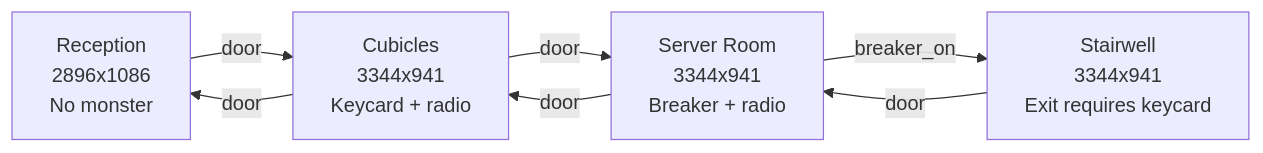
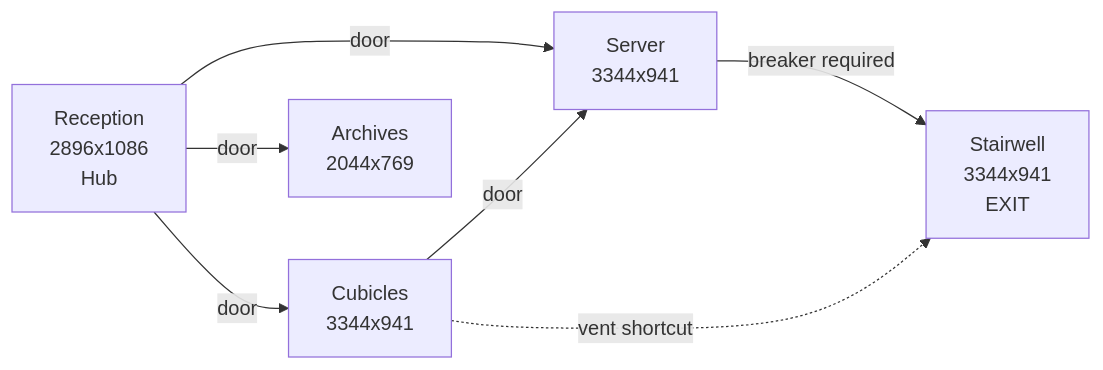
The second of 6 diagrams in README.md (Andy00L/Earshot), drawn with Mermaid before and after one commit. The commit also changed other lines of this file and 203 other files, not shown here.

````diff
--- a/README.md
+++ b/README.md
@@ -141,9 +190,9 @@
 ```mermaid
 graph LR
-    R[Reception<br>2896x1086<br>No monster] -->|door| C[Cubicles<br>3344x941<br>Keycard + radio]
-    C -->|door| S[Server Room<br>3344x941<br>Breaker + radio]
-    S -->|door| C
-    C -->|door| R
-    S -->|breaker_on| ST[Stairwell<br>3344x941<br>Exit requires keycard]
-    ST -->|door| S
+    R[Reception<br>2896x1086<br>Hub] -->|door| C[Cubicles<br>3344x941]
+    R -->|door| S[Server<br>3344x941]
+    R -->|door| A[Archives<br>2044x769]
+    C -->|door| S
+    S -->|breaker required| ST[Stairwell<br>3344x941<br>EXIT]
+    C -.->|vent shortcut| ST
 ```
````
